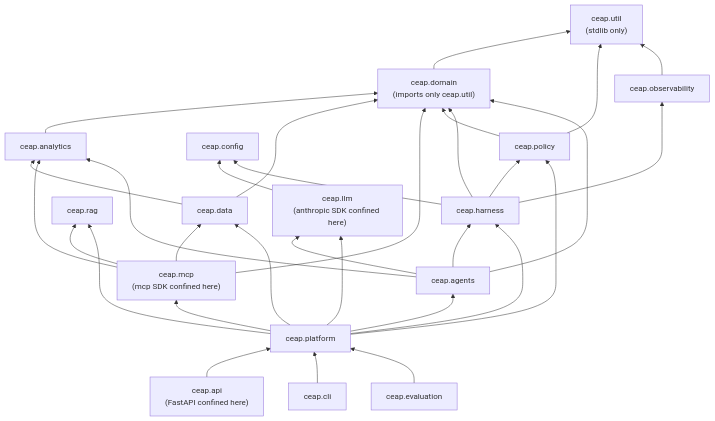
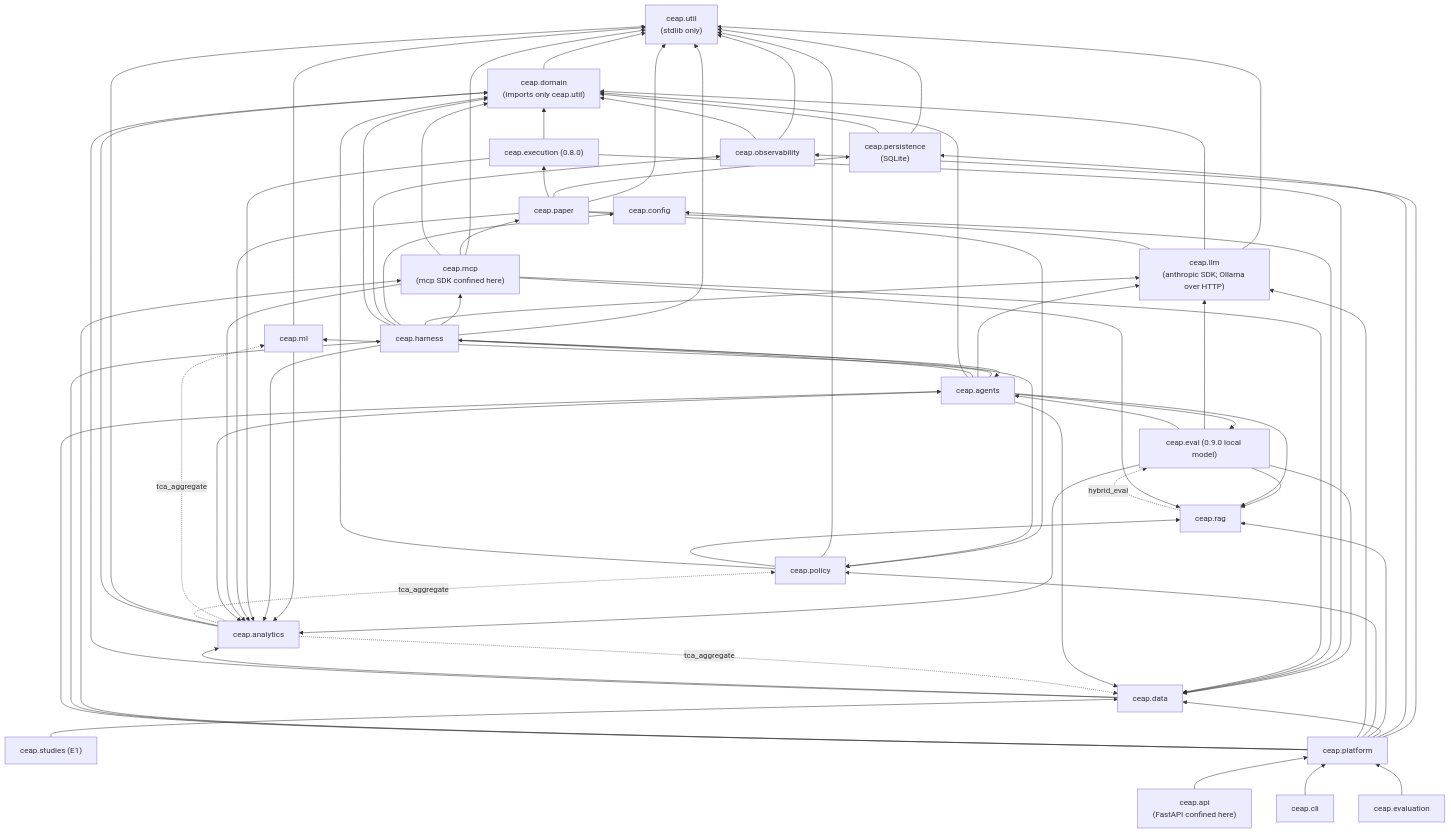
Before and after one commit to AshJha0/AgenticAICashEquities: the eighth of 20 diagrams in docs/DIAGRAMS.md, drawn with Mermaid. The commit also changed other lines of this file and 9 other files, not shown here.

Commit message:
docs(0.9.0): audit lane A - fix tool counts, state graph, policy order, package graph; add hybrid RAG, judge gate, E1 diagrams

````diff
--- a/docs/DIAGRAMS.md
+++ b/docs/DIAGRAMS.md
@@ -271,19 +278,25 @@
 ```mermaid
 flowchart BT
     util["ceap.util<br/>(stdlib only)"]
     domain["ceap.domain<br/>(imports only ceap.util)"] --> util
-    analytics["ceap.analytics"] --> domain
-    data["ceap.data"] --> domain
-    data --> analytics
-    rag["ceap.rag"]
-    mcp["ceap.mcp<br/>(mcp SDK confined here)"] --> domain & data & analytics & rag
-    llm["ceap.llm<br/>(anthropic SDK confined here)"] --> config["ceap.config"]
-    policy["ceap.policy"] --> domain & util
-    obs["ceap.observability"] --> util
-    harness["ceap.harness"] --> domain & policy & obs & config
-    agents["ceap.agents"] --> domain & analytics & harness & llm
-    platform["ceap.platform"] --> agents & harness & mcp & llm & policy & rag & data
+    data["ceap.data"] --> domain & analytics
+    analytics["ceap.analytics"] --> domain & util
+    analytics -. "tca_aggregate" .-> data & policy & ml["ceap.ml"]
+    ml --> analytics & util
+    rag["ceap.rag"] -. "hybrid_eval" .-> eval
+    policy["ceap.policy"] --> domain & rag & util
+    obs["ceap.observability"] --> domain & util
+    llm["ceap.llm<br/>(anthropic SDK; Ollama over HTTP)"] --> config["ceap.config"] & domain & util
+    persistence["ceap.persistence<br/>(SQLite)"] --> domain & util
+    execution["ceap.execution (0.8.0)"] --> analytics & data & domain
+    mcp["ceap.mcp<br/>(mcp SDK confined here)"] --> domain & data & analytics & rag & paper & util
+    paper["ceap.paper"] --> analytics & data & execution & persistence & policy & util
+    agents["ceap.agents"] --> domain & analytics & data & harness & llm & ml & rag & eval
+    harness["ceap.harness"] --> domain & policy & obs & config & llm & mcp & agents & analytics & util
+    eval["ceap.eval (0.9.0 local model)"] --> agents & analytics & data & llm & rag
+    studies["ceap.studies (E1)"] --> data
+    platform["ceap.platform"] --> agents & harness & mcp & llm & policy & rag & data & persistence & obs
     api["ceap.api<br/>(FastAPI confined here)"] --> platform
     cli["ceap.cli"] --> platform
     evaluation["ceap.evaluation"] --> platform
 ```
````
